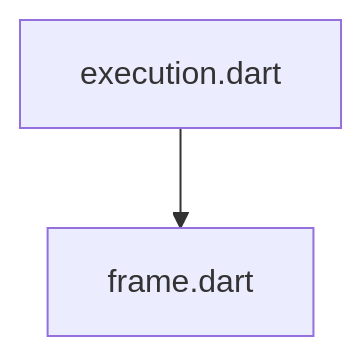
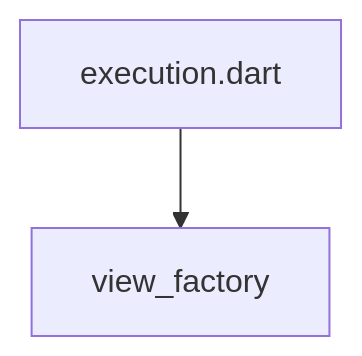
One commit to dart-lang/dart-pad changed the diagram in pkgs/dartpad_ui/lib/execution/DEPENDENCIES.md. Above: the diagram before and after it, drawn with Mermaid. The commit also changed 9 other files, not shown here.

````diff
--- a/pkgs/dartpad_ui/lib/execution/DEPENDENCIES.md
+++ b/pkgs/dartpad_ui/lib/execution/DEPENDENCIES.md
@@ -6,4 +6,4 @@
 ```mermaid
 flowchart TD;
-execution.dart-->frame.dart;
+execution.dart-->view_factory;
 ```
````
